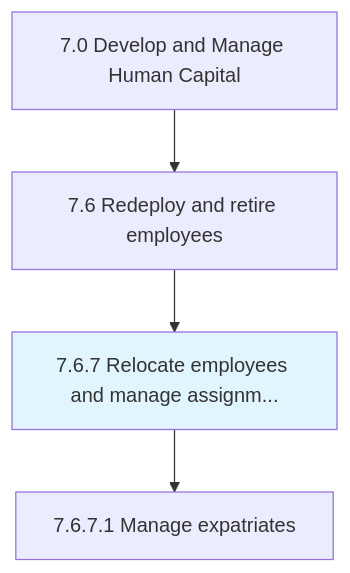
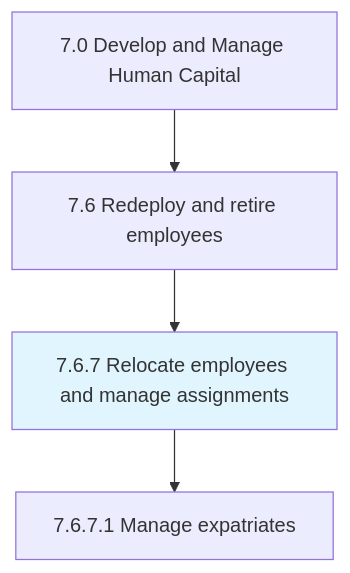
The first of 2 diagrams in processes/07-HR/7.6-RedeployRetireEmployees/7.6.7-RelocateEmployeesManageAssignments/index.mdx (kziemski/business.org.ai), drawn with Mermaid before and after one commit. The commit also changed other lines of this file and 885 other files, not shown here.

````diff
--- a/processes/07-HR/7.6-RedeployRetireEmployees/7.6.7-RelocateEmployeesManageAssignments/index.mdx
+++ b/processes/07-HR/7.6-RedeployRetireEmployees/7.6.7-RelocateEmployeesManageAssignments/index.mdx
@@ -25,8 +25,8 @@
 ```mermaid
 graph TD
     C7["7.0 Develop and Manage Human Capital"]
     C7 --> N7_6["7.6 Redeploy and retire employees"]
-    N7_6 --> N7_6_7["7.6.7 Relocate employees and manage assignm..."]
+    N7_6 --> N7_6_7["7.6.7 Relocate employees and manage assignments"]
     style N7_6_7 fill:#e1f5fe
     N7_6_7 --> N7_6_7_1["7.6.7.1 Manage expatriates"]
 ```
````
